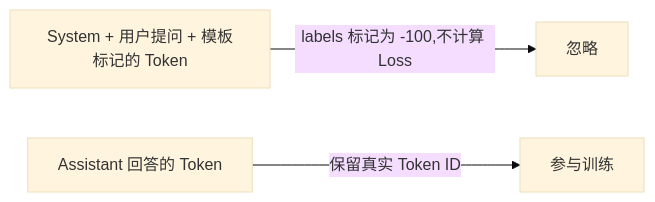
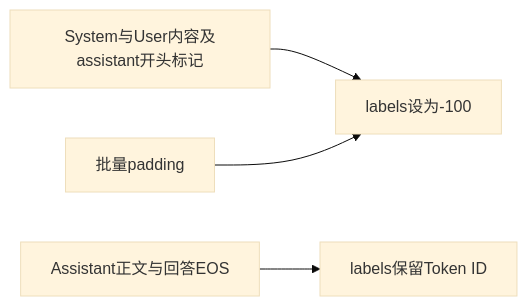
The second of 3 diagrams in 2. Alignment 与训练工程/4. SFT——模型如何学会理解人类指令.md (AI-learning-simple/Build-Your-Own-LLM), drawn with Mermaid (base theme) before and after one commit. The commit also changed other lines of this file and 27 other files, not shown here.

````diff
--- a/2. Alignment 与训练工程/4. SFT——模型如何学会理解人类指令.md
+++ b/2. Alignment 与训练工程/4. SFT——模型如何学会理解人类指令.md
@@ -104,5 +104,6 @@
 ```mermaid
 flowchart LR
-    A["System + 用户提问 + 模板标记的 Token"] -->|"labels 标记为 -100,不计算 Loss"| B[忽略]
-    C["Assistant 回答的 Token"] -->|"保留真实 Token ID"| D[参与训练]
+    A[System与User内容及assistant开头标记] --> B[labels设为-100]
+    C[Assistant正文与回答EOS] --> D[labels保留Token ID]
+    E[批量padding] --> B
 ```
````
